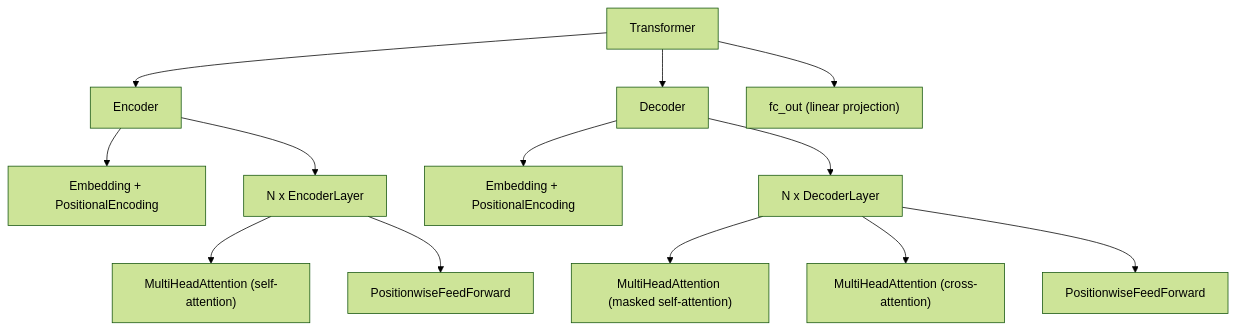
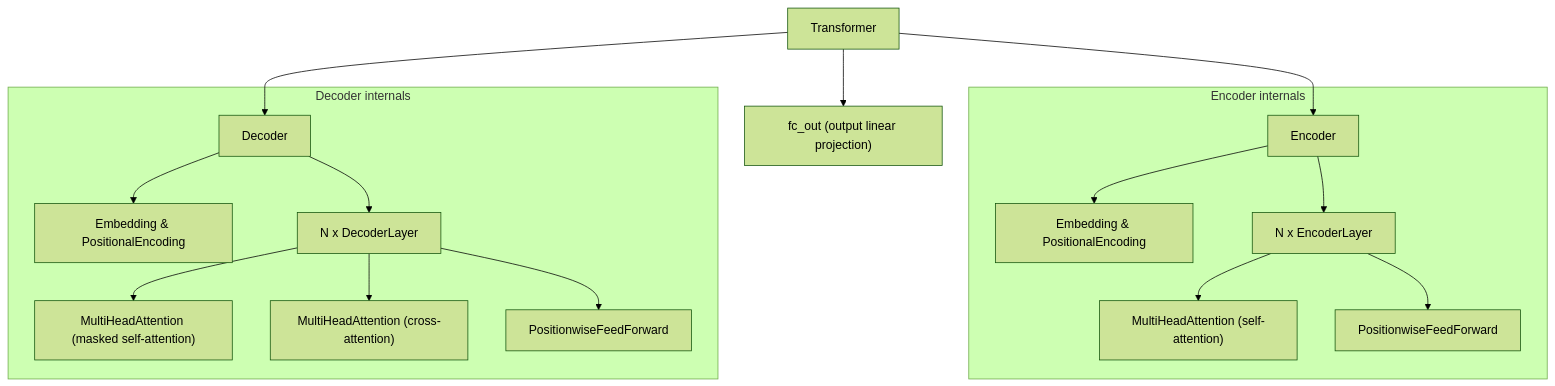
One commit to padiac/padiac.github.io changed the first of 5 diagrams in notes/llm-transformer-from-scratch-architecture-and-pytorch-implementation.md. Above: the diagram before and after it, drawn with Mermaid (forest theme). The commit also changed other lines of this file, not shown here.

Commit message:
update: restore full mermaid diagrams with subgraphs, colors, and edge labels

````diff
--- a/notes/llm-transformer-from-scratch-architecture-and-pytorch-implementation.md
+++ b/notes/llm-transformer-from-scratch-architecture-and-pytorch-implementation.md
@@ -111,17 +111,21 @@
 ```mermaid
 graph TD
-    T["Transformer"] --> Enc["Encoder"]
-    T --> Dec["Decoder"]
-    T --> FC["fc_out (linear projection)"]
+    Transformer["Transformer"] --> Encoder["Encoder"]
+    Transformer --> Decoder["Decoder"]
+    Transformer --> FCOut["fc_out (output linear projection)"]
 
-    Enc --> EncEmb["Embedding + PositionalEncoding"]
-    Enc --> EncL["N x EncoderLayer"]
-    EncL --> EncMHA["MultiHeadAttention (self-attention)"]
-    EncL --> EncFFN["PositionwiseFeedForward"]
+    subgraph EncoderLayerStack ["Encoder internals"]
+        Encoder --> EncEmbedding["Embedding & PositionalEncoding"]
+        Encoder --> EncLayers["N x EncoderLayer"]
+        EncLayers --> EncMHA["MultiHeadAttention (self-attention)"]
+        EncLayers --> EncFFN["PositionwiseFeedForward"]
+    end
 
-    Dec --> DecEmb["Embedding + PositionalEncoding"]
-    Dec --> DecL["N x DecoderLayer"]
-    DecL --> DecMHA1["MultiHeadAttention (masked self-attention)"]
-    DecL --> DecMHA2["MultiHeadAttention (cross-attention)"]
-    DecL --> DecFFN["PositionwiseFeedForward"]
+    subgraph DecoderLayerStack ["Decoder internals"]
+        Decoder --> DecEmbedding["Embedding & PositionalEncoding"]
+        Decoder --> DecLayers["N x DecoderLayer"]
+        DecLayers --> DecMaskedMHA["MultiHeadAttention (masked self-attention)"]
+        DecLayers --> DecCrossMHA["MultiHeadAttention (cross-attention)"]
+        DecLayers --> DecFFN["PositionwiseFeedForward"]
+    end
 ```
````
